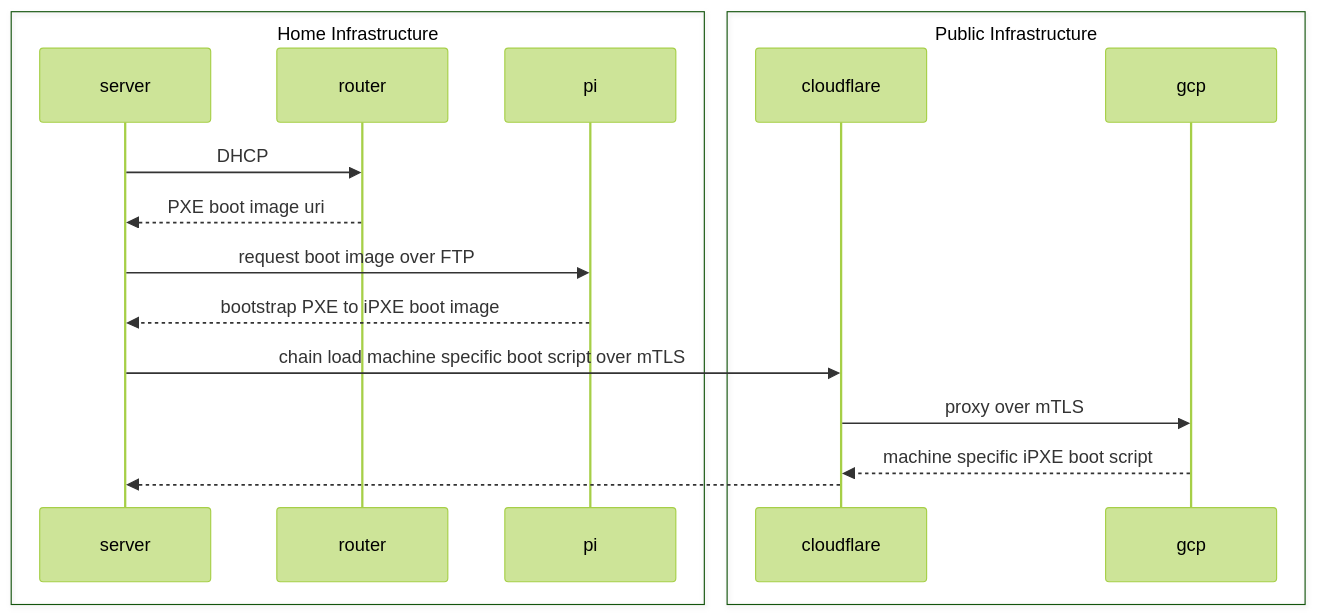
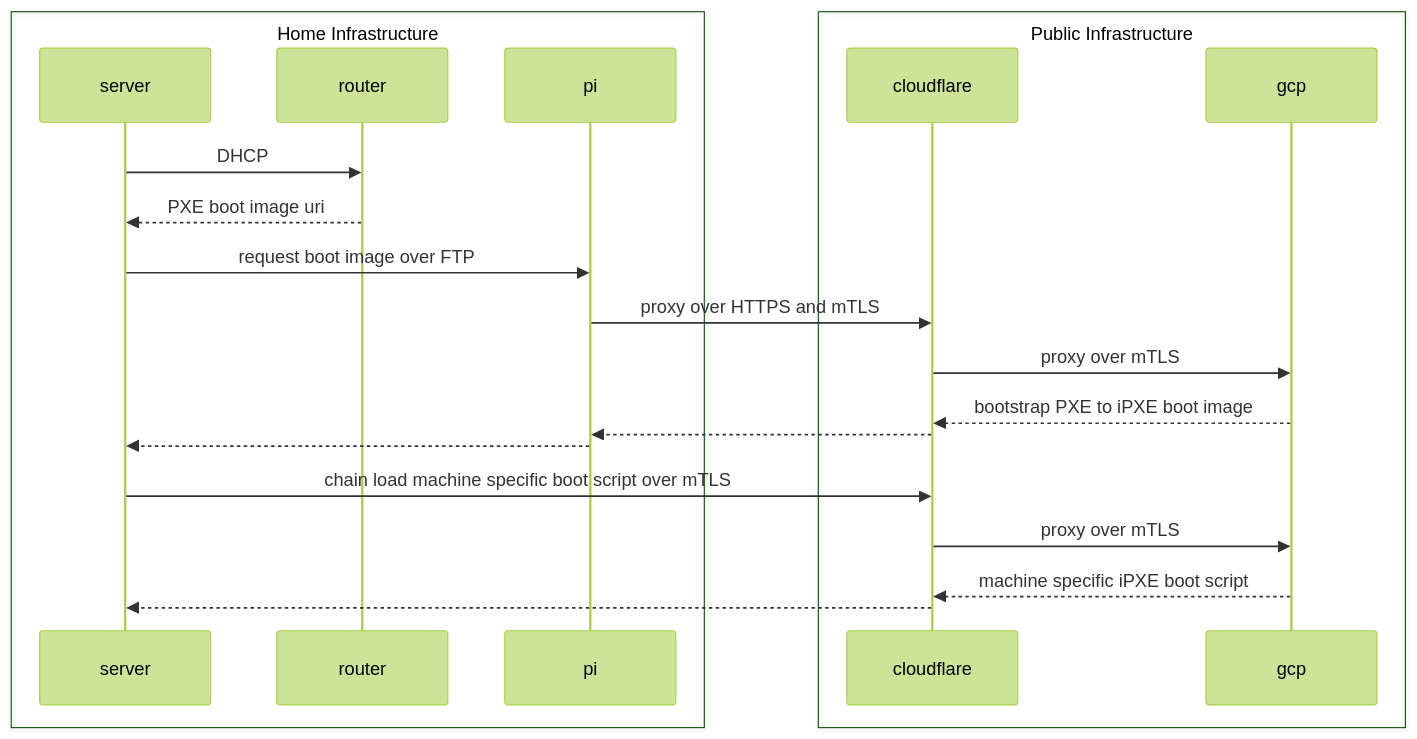
One commit to Zaba505/infra changed the second of 2 diagrams in README.md. Above: the diagram before and after it, drawn with Mermaid (forest theme). The commit also changed other lines of this file, not shown here.

Commit message:
docs(issue-69): update based on use of proxy now

````diff
--- a/README.md
+++ b/README.md
@@ -39,22 +39,26 @@
 ```mermaid
 sequenceDiagram
     box Home Infrastructure
         participant server
         participant router
         participant pi
     end
 
     box Public Infrastructure
         participant cloudflare
         participant gcp
     end
 
     server ->> router: DHCP
     router -->> server: PXE boot image uri
     server ->> pi: request boot image over FTP
-    pi -->> server: bootstrap PXE to iPXE boot image
+    pi ->> cloudflare: proxy over HTTPS and mTLS
+    cloudflare ->> gcp: proxy over mTLS
+    gcp -->> cloudflare: bootstrap PXE to iPXE boot image
+    cloudflare -->> pi: 
+    pi -->> server: 
     server ->> cloudflare: chain load machine specific boot script over mTLS
     cloudflare ->> gcp: proxy over mTLS
     gcp -->> cloudflare: machine specific iPXE boot script
     cloudflare -->> server: 
 ```
````
